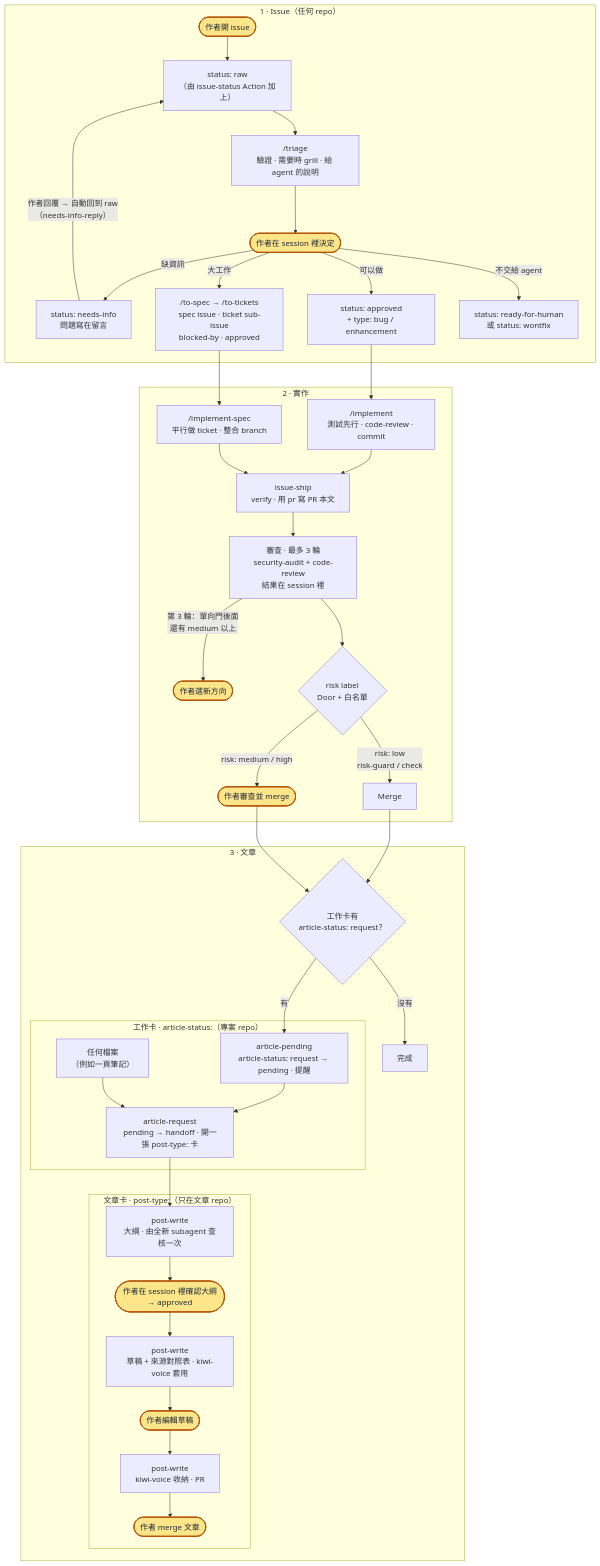
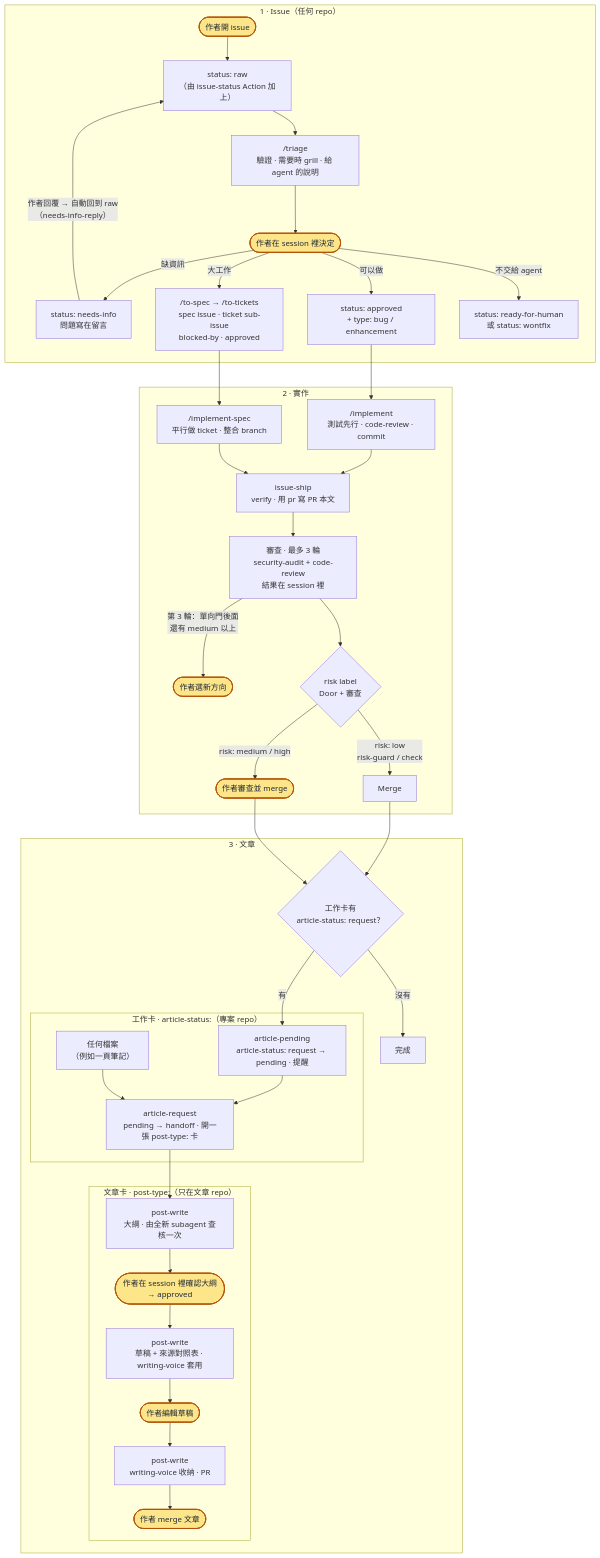
One commit to sean2249/skills changed the first of 2 diagrams in README.zh-TW.md. Above: the diagram before and after it, drawn with Mermaid. The commit also changed other lines of this file and 20 other files, not shown here.

First line of the commit message:
Review round 2: protected-file risk check, typed-only skills, writing-voice

````diff
--- a/README.zh-TW.md
+++ b/README.zh-TW.md
@@ -57,50 +57,50 @@
 ```mermaid
 flowchart TD
   subgraph ISSUE["1 · Issue（任何 repo）"]
     A(["作者開 issue"]):::author --> B["status: raw<br/>（由 issue-status Action 加上）"]
     B --> T["/triage<br/>驗證 · 需要時 grill · 給 agent 的說明"]
     T --> D(["作者在 session 裡決定"]):::author
     D -->|缺資訊| NI["status: needs-info<br/>問題寫在留言"]
     NI -->|"作者回覆 → 自動回到 raw<br/>（needs-info-reply）"| B
     D -->|可以做| AP["status: approved<br/>+ type: bug / enhancement"]
     D -->|大工作| SP["/to-spec → /to-tickets<br/>spec issue · ticket sub-issue<br/>blocked-by · approved"]
     D -->|"不交給 agent"| RH["status: ready-for-human<br/>或 status: wontfix"]
   end
 
   subgraph IMPL["2 · 實作"]
     AP --> I["/implement<br/>測試先行 · code-review · commit"]
     SP --> IS["/implement-spec<br/>平行做 ticket · 整合 branch"]
     I --> S["issue-ship<br/>verify · 用 pr 寫 PR 本文"]
     IS --> S
     S --> RV["審查 · 最多 3 輪<br/>security-audit + code-review<br/>結果在 session 裡"]
     RV -->|"第 3 輪：單向門後面<br/>還有 medium 以上"| BK(["作者選新方向"]):::author
-    RV --> K{"risk label<br/>Door + 白名單"}
+    RV --> K{"risk label<br/>Door + 審查"}
     K -->|"risk: low<br/>risk-guard / check"| L["Merge"]
     K -->|"risk: medium / high"| M(["作者審查並 merge"]):::author
   end
 
   subgraph ART["3 · 文章"]
     L --> N{"工作卡有<br/>article-status: request？"}
     M --> N
     N -->|沒有| Z["完成"]
     subgraph WORK["工作卡 · article-status:（專案 repo）"]
       O["article-pending<br/>article-status: request → pending · 提醒"]
       Q["article-request<br/>pending → handoff · 開一張 post-type: 卡"]
       X["任何檔案<br/>（例如一頁筆記）"]
     end
     subgraph CARD["文章卡 · post-type:（只在文章 repo）"]
       U["post-write<br/>大綱 · 由全新 subagent 查核一次"]
       OC(["作者在 session 裡確認大綱<br/>→ approved"]):::author
-      W["post-write<br/>草稿 + 來源對照表 · kiwi-voice 套用"]
+      W["post-write<br/>草稿 + 來源對照表 · writing-voice 套用"]
       E(["作者編輯草稿"]):::author
-      P["post-write<br/>kiwi-voice 收納 · PR"]
+      P["post-write<br/>writing-voice 收納 · PR"]
       V(["作者 merge 文章"]):::author
     end
     N -->|有| O
     O --> Q
     X --> Q
     Q --> U --> OC --> W --> E --> P --> V
   end
 
   classDef author fill:#fde68a,stroke:#b45309,color:#1f2937,stroke-width:2px
 ```
````
